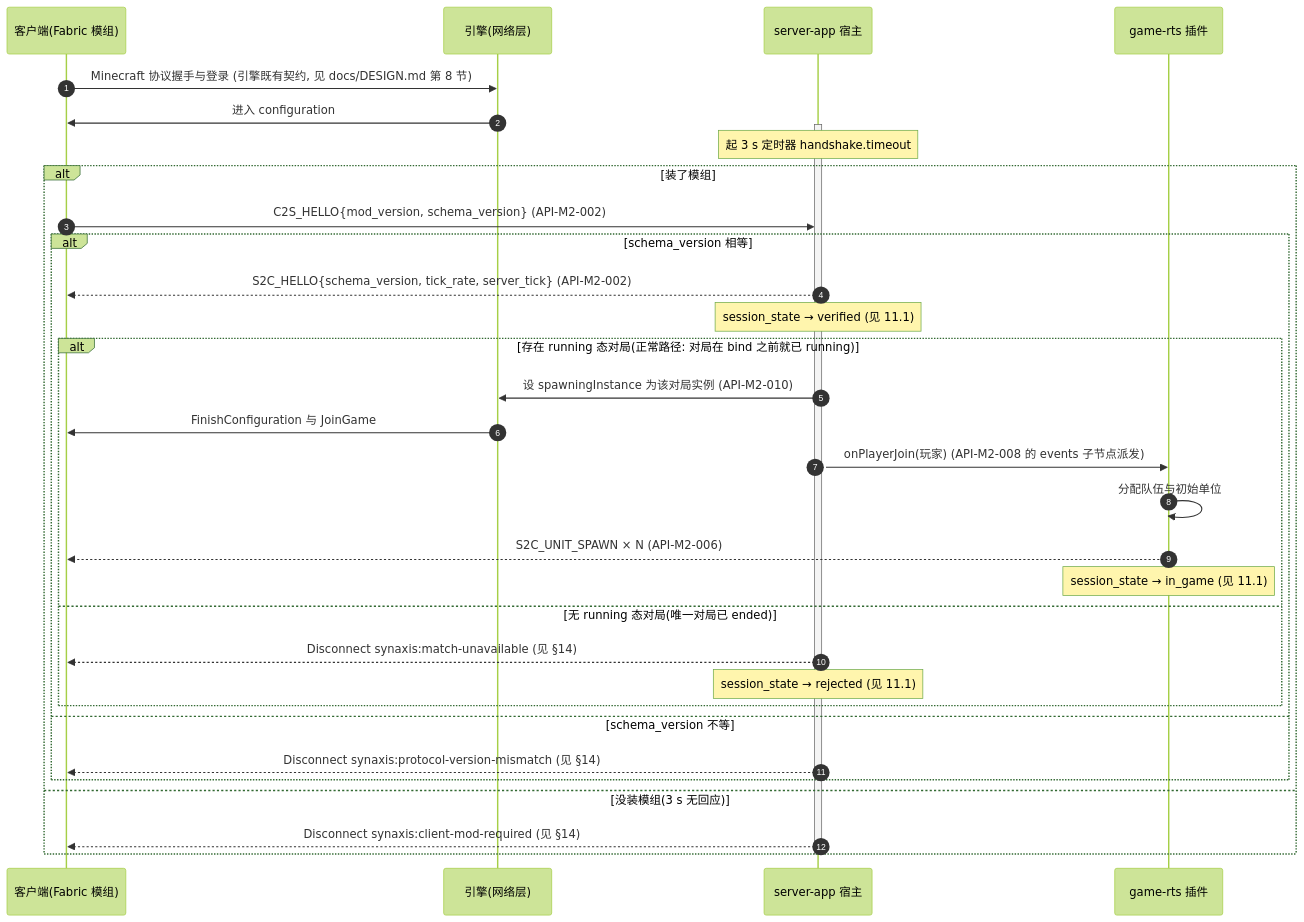
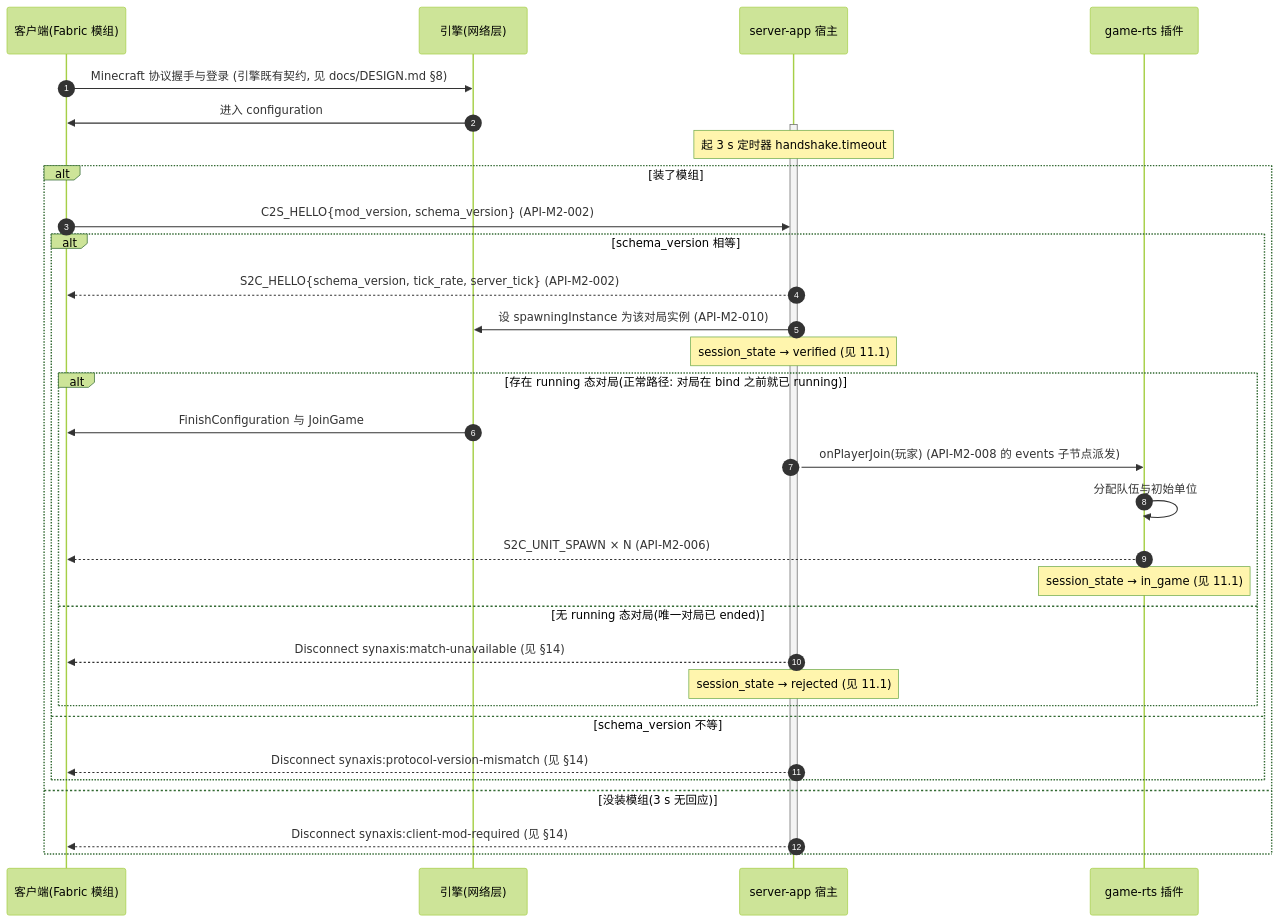
The seventh of 9 diagrams in docs/DESIGN-M2.md (Bearisbug/synaxis), drawn with Mermaid (forest theme) before and after one commit. The commit also changed other lines of this file, not shown here.

````diff
--- a/docs/DESIGN-M2.md
+++ b/docs/DESIGN-M2.md
@@ -527,35 +536,35 @@
 ```mermaid
 sequenceDiagram
   autonumber
   participant C as 客户端(Fabric 模组)
   participant E as 引擎(网络层)
   participant H as server-app 宿主
   participant P as game-rts 插件
-  C->>E: Minecraft 协议握手与登录 (引擎既有契约, 见 docs/DESIGN.md 第 8 节)
+  C->>E: Minecraft 协议握手与登录 (引擎既有契约, 见 docs/DESIGN.md §8)
   E->>C: 进入 configuration
   activate H
   Note over H: 起 3 s 定时器 handshake.timeout
   alt 装了模组
     C->>H: C2S_HELLO{mod_version, schema_version} (API-M2-002)
     alt schema_version 相等
       H-->>C: S2C_HELLO{schema_version, tick_rate, server_tick} (API-M2-002)
+      H->>E: 设 spawningInstance 为该对局实例 (API-M2-010)
       Note over H: session_state → verified (见 11.1)
       alt 存在 running 态对局(正常路径: 对局在 bind 之前就已 running)
-        H->>E: 设 spawningInstance 为该对局实例 (API-M2-010)
         E->>C: FinishConfiguration 与 JoinGame
         H->>P: onPlayerJoin(玩家) (API-M2-008 的 events 子节点派发)
         P->>P: 分配队伍与初始单位
         P-->>C: S2C_UNIT_SPAWN × N (API-M2-006)
         Note over P: session_state → in_game (见 11.1)
       else 无 running 态对局(唯一对局已 ended)
         H-->>C: Disconnect synaxis:match-unavailable (见 §14)
         Note over H: session_state → rejected (见 11.1)
       end
     else schema_version 不等
       H-->>C: Disconnect synaxis:protocol-version-mismatch (见 §14)
     end
   else 没装模组(3 s 无回应)
     H-->>C: Disconnect synaxis:client-mod-required (见 §14)
   end
   deactivate H
 ```
````
